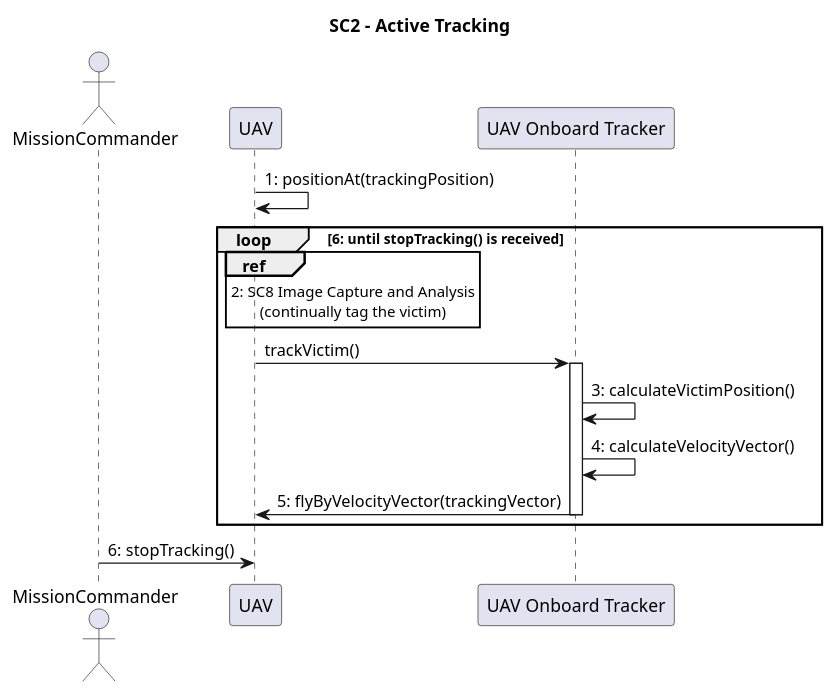
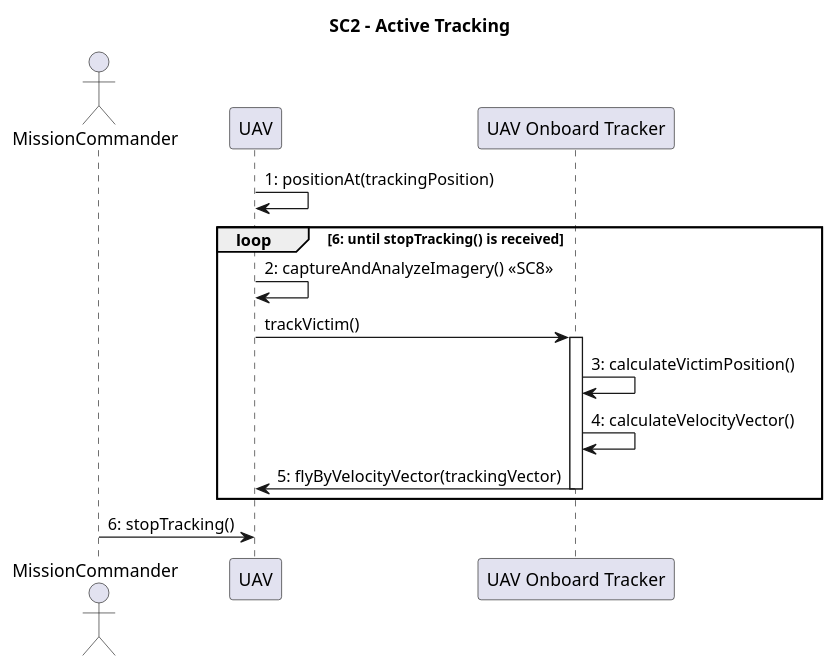
One commit to RathbergerJakob/e3-soft-eng changed the diagram in reworked/sc2.puml. Above: the diagram before and after it, drawn with PlantUML. The commit also changed 9 other files, not shown here.

```diff
--- a/reworked/sc2.puml
+++ b/reworked/sc2.puml
@@ -1,22 +1,22 @@
 @startuml
 title SC2 – Active Tracking
 
 actor MissionCommander
 participant UAV
 participant "UAV Onboard Tracker" as Tracker
 
 UAV -> UAV : 1: positionAt(trackingPosition)
 
 loop 6: until stopTracking() is received
-  ref over UAV : 2: SC8 Image Capture and Analysis\n(continually tag the victim)
+  UAV -> UAV : 2: captureAndAnalyzeImagery() «SC8»
 
   UAV -> Tracker : trackVictim()
   activate Tracker
   Tracker -> Tracker : 3: calculateVictimPosition()
   Tracker -> Tracker : 4: calculateVelocityVector()
   Tracker -> UAV : 5: flyByVelocityVector(trackingVector)
   deactivate Tracker
 end
 
 MissionCommander -> UAV : 6: stopTracking()
 @enduml
```
